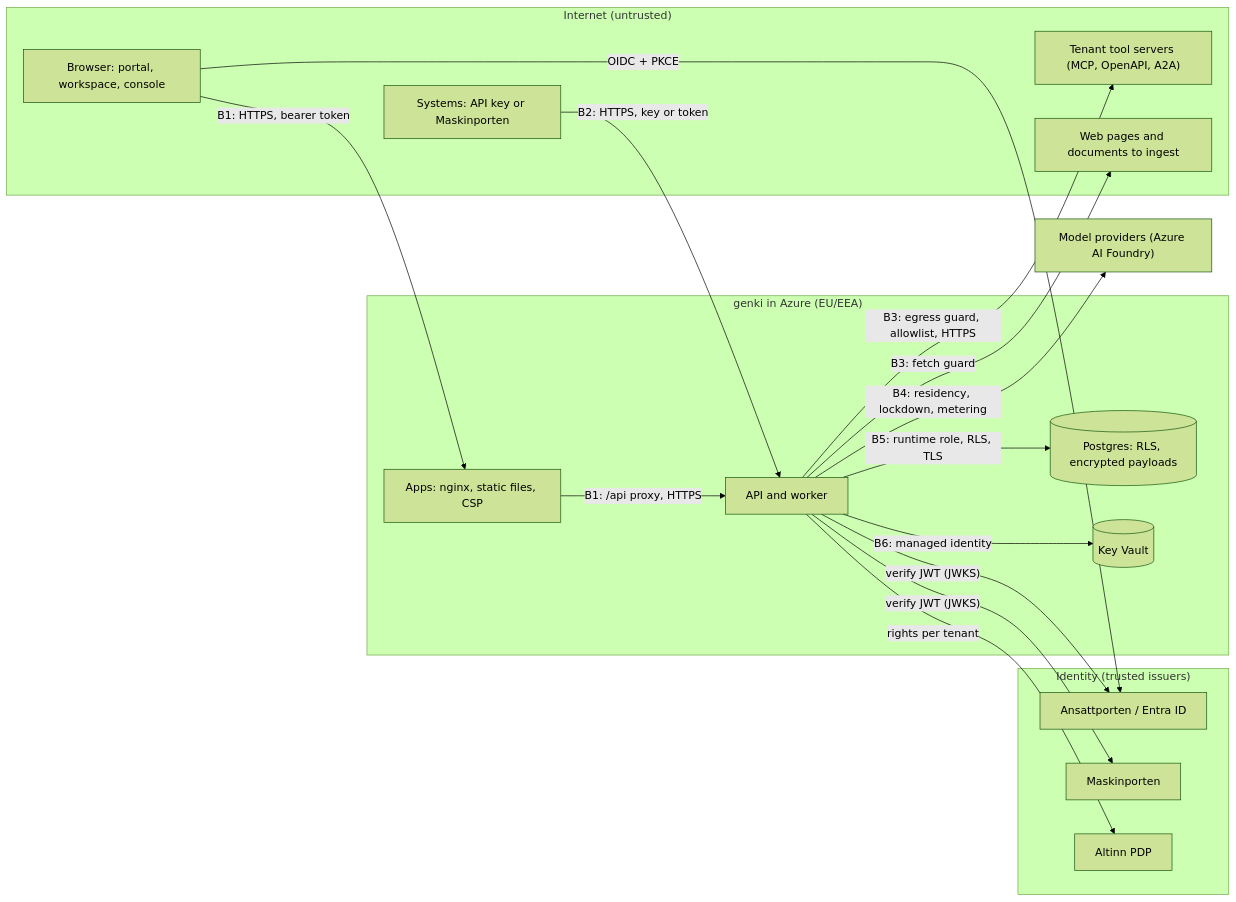
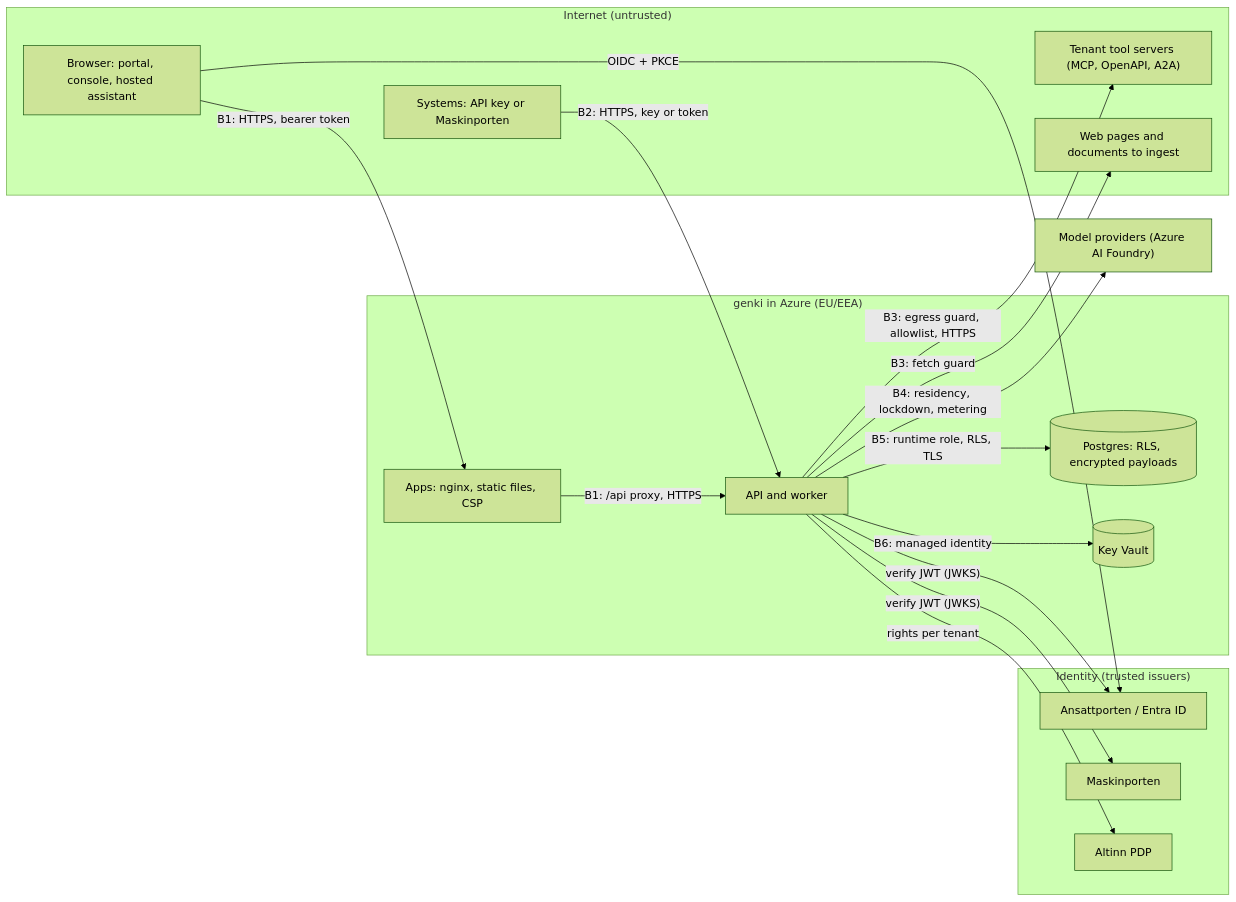
The diagram in docs/security/assurance-case.md (digdir/genki), drawn with Mermaid (forest theme) before and after one commit. The commit also changed other lines of this file and 309 other files, not shown here.

````diff
--- a/docs/security/assurance-case.md
+++ b/docs/security/assurance-case.md
@@ -43,34 +43,34 @@
 ```mermaid
 flowchart LR
   subgraph Internet["Internet (untrusted)"]
-    Browser["Browser: portal, workspace, console"]
+    Browser["Browser: portal, console, hosted assistant"]
     System["Systems: API key or Maskinporten"]
     Tools["Tenant tool servers (MCP, OpenAPI, A2A)"]
     Web["Web pages and documents to ingest"]
   end
   subgraph IdP["Identity (trusted issuers)"]
     AP["Ansattporten / Entra ID"]
     MP["Maskinporten"]
     ALT["Altinn PDP"]
   end
   subgraph Azure["genki in Azure (EU/EEA)"]
     Apps["Apps: nginx, static files, CSP"]
     API["API and worker"]
     PG[("Postgres: RLS, encrypted payloads")]
     KV[("Key Vault")]
   end
   Models["Model providers (Azure AI Foundry)"]
 
   Browser -- "B1: HTTPS, bearer token" --> Apps
   Apps -- "B1: /api proxy, HTTPS" --> API
   System -- "B2: HTTPS, key or token" --> API
   Browser -- "OIDC + PKCE" --> AP
   API -- "verify JWT (JWKS)" --> AP
   API -- "verify JWT (JWKS)" --> MP
   API -- "rights per tenant" --> ALT
   API -- "B3: egress guard, allowlist, HTTPS" --> Tools
   API -- "B3: fetch guard" --> Web
   API -- "B4: residency, lockdown, metering" --> Models
   API -- "B5: runtime role, RLS, TLS" --> PG
   API -- "B6: managed identity" --> KV
 ```
````
